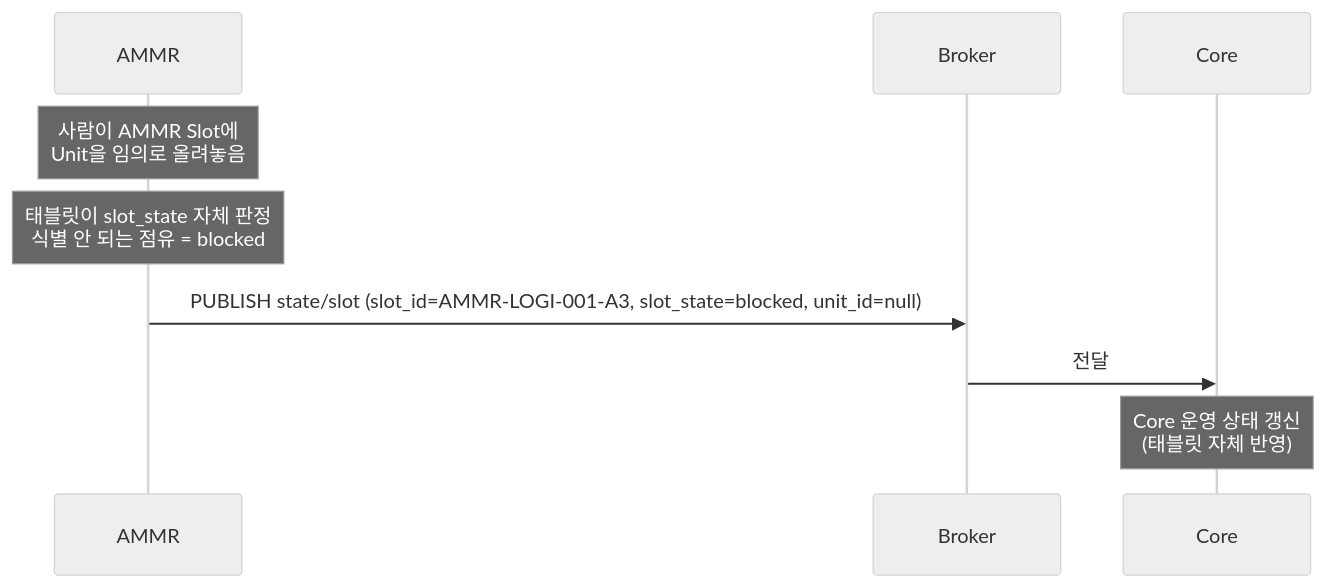
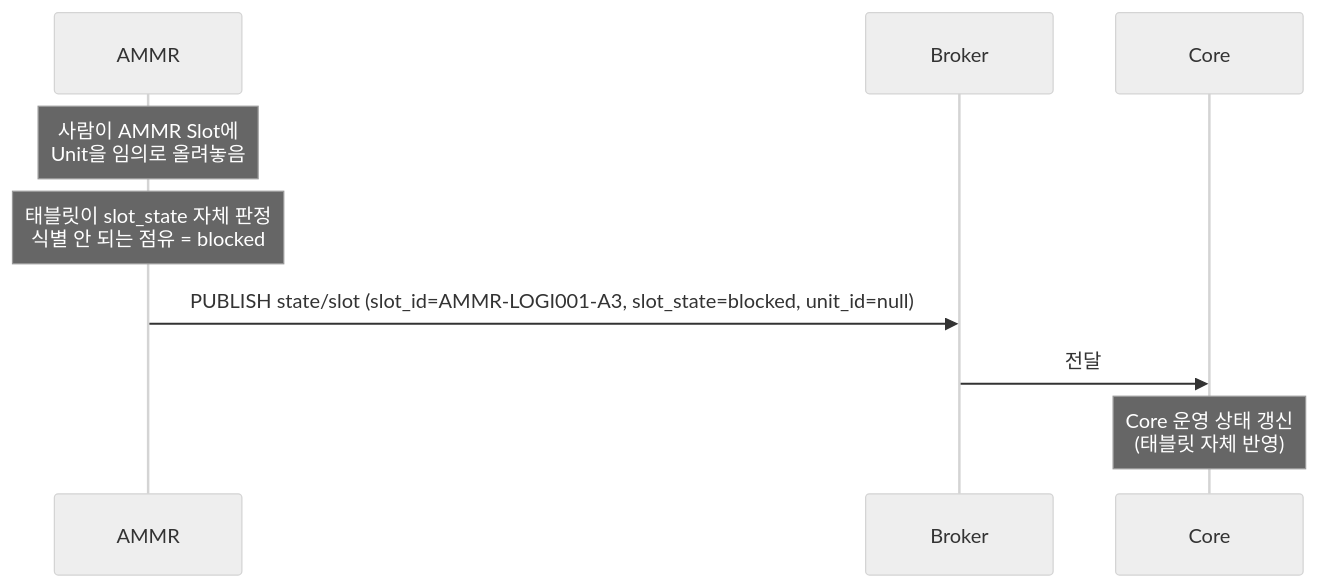
Before and after one commit to kimminsu0315/Core-Docs: the ninth of 13 diagrams in docs/out/Core_ICD_AMMR.md, drawn with Mermaid (neutral theme). The commit also changed other lines of this file and 9 other files, not shown here.

````diff
--- a/docs/out/Core_ICD_AMMR.md
+++ b/docs/out/Core_ICD_AMMR.md
@@ -1196,12 +1196,12 @@
 ```mermaid
 sequenceDiagram
     participant A as AMMR
     participant B as Broker
     participant C as Core
 
     Note over A: 사람이 AMMR Slot에<br/>Unit을 임의로 올려놓음
     Note over A: 태블릿이 slot_state 자체 판정<br/>식별 안 되는 점유 = blocked
-    A->>B: PUBLISH state/slot (slot_id=AMMR-LOGI-001-A3, slot_state=blocked, unit_id=null)
+    A->>B: PUBLISH state/slot (slot_id=AMMR-LOGI001-A3, slot_state=blocked, unit_id=null)
     B->>C: 전달
     Note over C: Core 운영 상태 갱신<br/>(태블릿 자체 반영)
 ```
````
